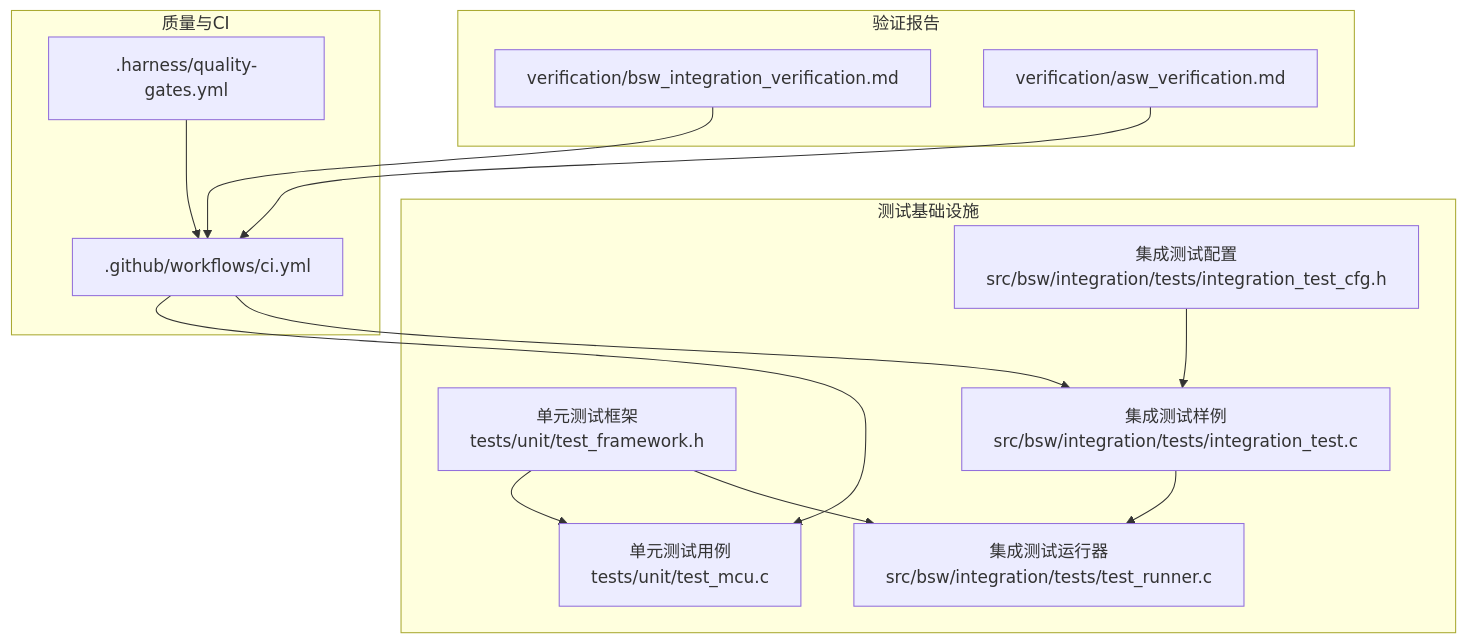
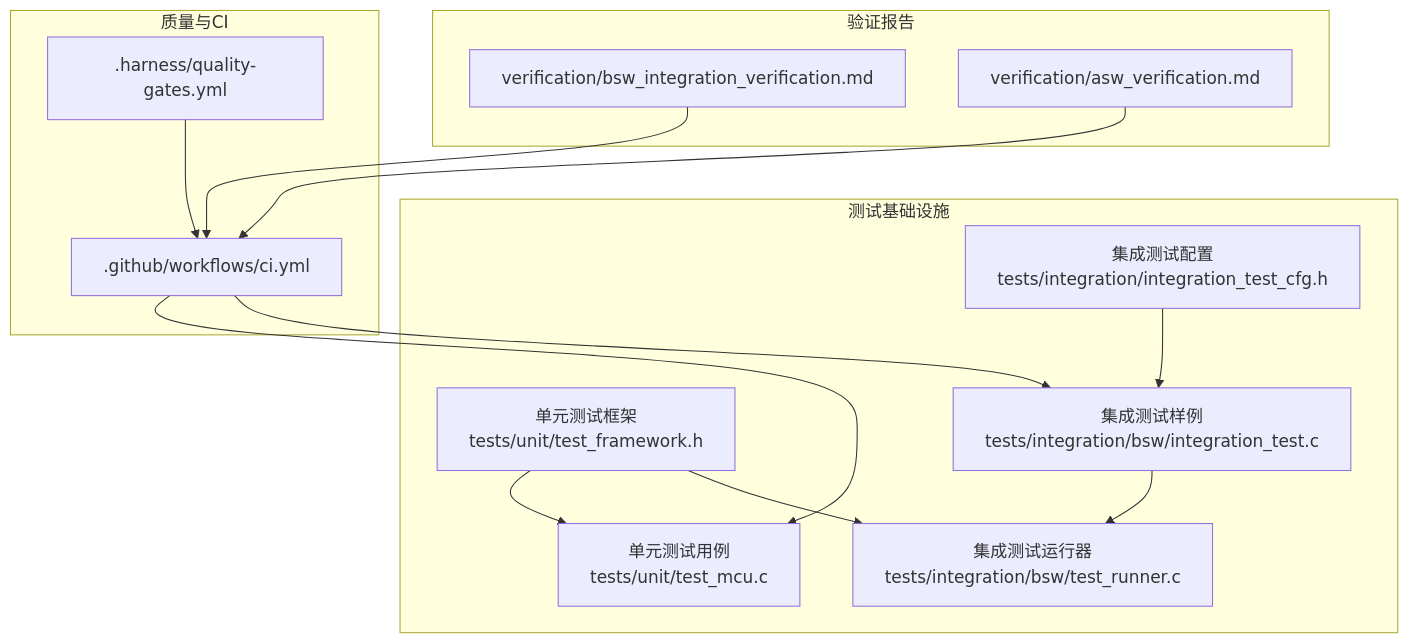
Before and after one commit to frisky1985/yuleASR: the first of 5 diagrams in .qoder/repowiki/zh/content/测试策略/测试最佳实践.md, drawn with Mermaid. The commit also changed other lines of this file and 191 other files, not shown here.

````diff
--- a/.qoder/repowiki/zh/content/测试策略/测试最佳实践.md
+++ b/.qoder/repowiki/zh/content/测试策略/测试最佳实践.md
@@ -40,27 +40,27 @@
 ```mermaid
 graph TB
 subgraph "测试基础设施"
 TF["单元测试框架<br/>tests/unit/test_framework.h"]
 UT["单元测试用例<br/>tests/unit/test_mcu.c"]
-IT["集成测试样例<br/>src/bsw/integration/tests/integration_test.c"]
-CFG["集成测试配置<br/>src/bsw/integration/tests/integration_test_cfg.h"]
-TR["集成测试运行器<br/>src/bsw/integration/tests/test_runner.c"]
+IT["集成测试样例<br/>tests/integration/bsw/integration_test.c"]
+CFG["集成测试配置<br/>tests/integration/integration_test_cfg.h"]
+TR["集成测试运行器<br/>tests/integration/bsw/test_runner.c"]
 end
 subgraph "质量与CI"
 QG[".harness/quality-gates.yml"]
 CI[".github/workflows/ci.yml"]
 end
 subgraph "验证报告"
 VR1["verification/bsw_integration_verification.md"]
 VR2["verification/asw_verification.md"]
 end
 TF --> UT
 TF --> TR
 IT --> TR
 CFG --> IT
 QG --> CI
 CI --> UT
 CI --> IT
 VR1 --> CI
 VR2 --> CI
 ```
````
